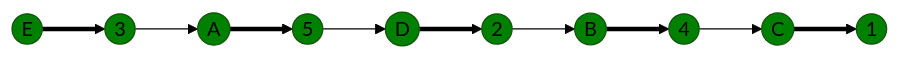
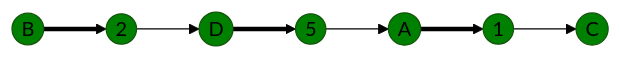
One commit to algos-ris-24-3/manual-tasks changed the tenth of 11 diagrams in Задание 8/Nyashki.md. Above: the diagram before and after it, drawn with Mermaid (forest theme). The commit also changed other lines of this file, not shown here.

````diff
--- a/Задание 8/Nyashki.md
+++ b/Задание 8/Nyashki.md
@@ -397,27 +354,20 @@
 ```mermaid
 graph LR
+    B((B))
+    D((D))
     A((A))
-    B((B))
     C((C))
-    D((D))
-    E((E))
+    2((2))
+    5((5))
     1((1))
-    2((2))
-    3((3))
-    4((4))
-    5((5))
     
-    E ==> 3 --> A ==> 5 --> D ==> 2 --> B ==> 4 --> C ==> 1
+    B ==> 2 --> D ==> 5 --> A ==> 1 --> C
 
-    style E fill:#008000
-    style 3 fill:#008000
+    style B fill:#008000
+    style D fill:#008000
     style A fill:#008000
+    style C fill:#008000
+    style 2 fill:#008000
     style 5 fill:#008000
-    style C fill:#008000
-    style 4 fill:#008000
-    style B fill:#008000
-    style 2 fill:#008000
-    style D fill:#008000
     style 1 fill:#008000
-
 ```
````
